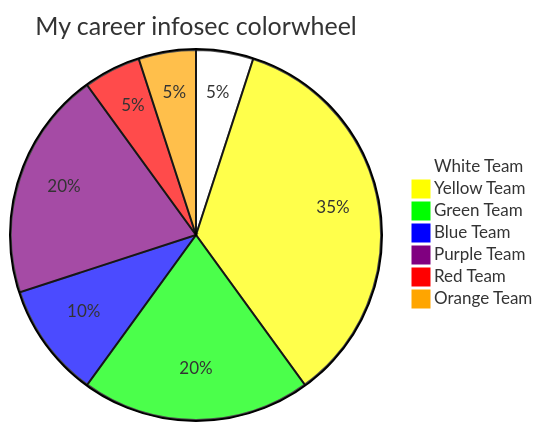
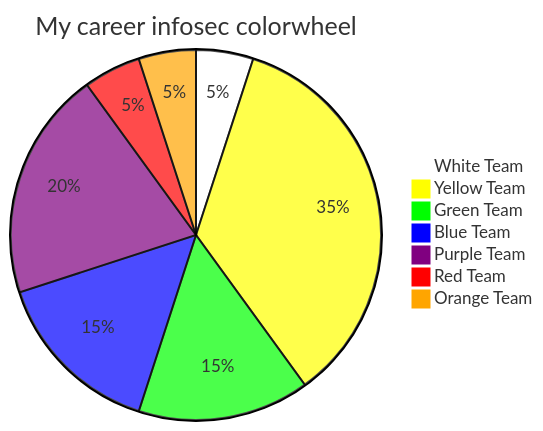
One commit to felickz/felickz changed the diagram in README.md. Above: the diagram before and after it, drawn with Mermaid.

Commit message:
Equal amounts blue and green

````diff
--- a/README.md
+++ b/README.md
@@ -4,13 +4,13 @@
 ```mermaid
 %%{init: {'theme': 'base', 'themeVariables': { 'pie1': '#FFFFFF', 'pie2': '#FFFF00', 'pie3': '#00FF00', 'pie4': '#0000FF', 'pie5': '#800080', 'pie6': '#ff0000', 'pie7': '#FFA500'}}}%%
 pie
   title My career infosec colorwheel
   "White Team" : 5
   "Yellow Team" : 35
-  "Green Team" : 20
-  "Blue Team" : 10
+  "Green Team" : 15
+  "Blue Team" : 15
   "Purple Team" : 20
   "Red Team" : 5
   "Orange Team" : 5
   
 ```
````
